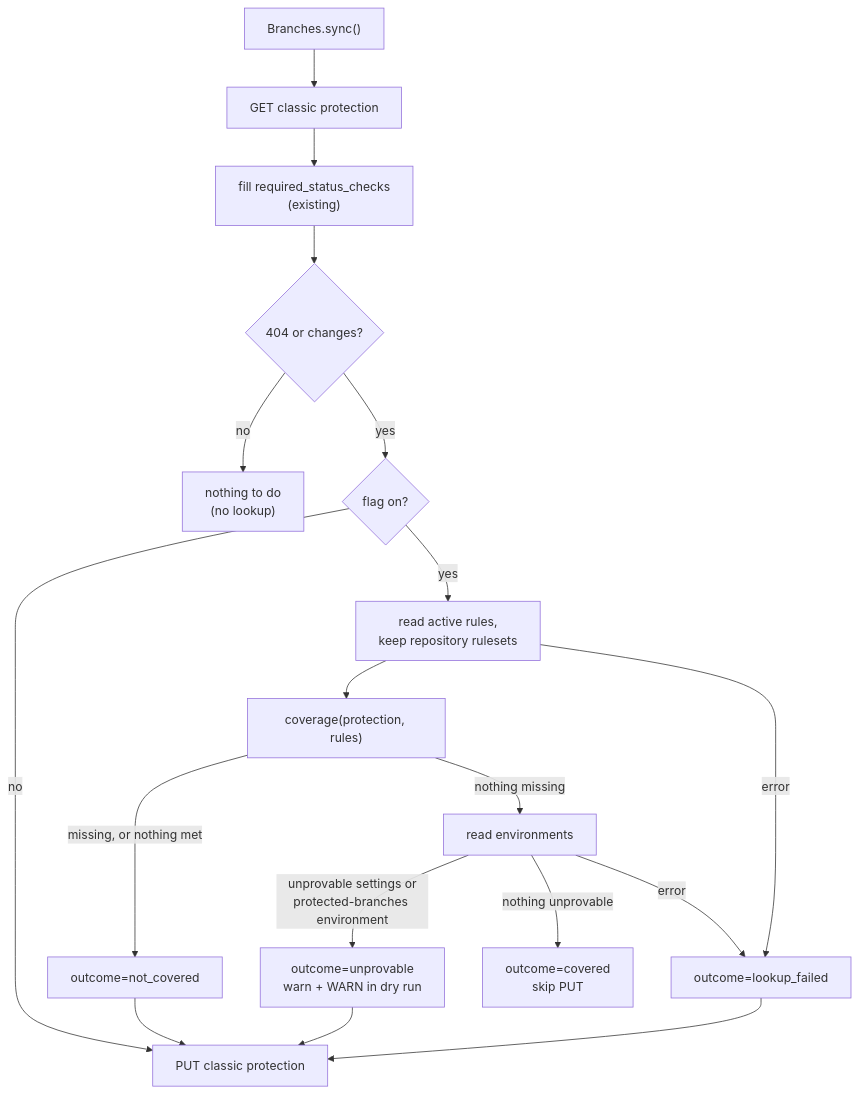
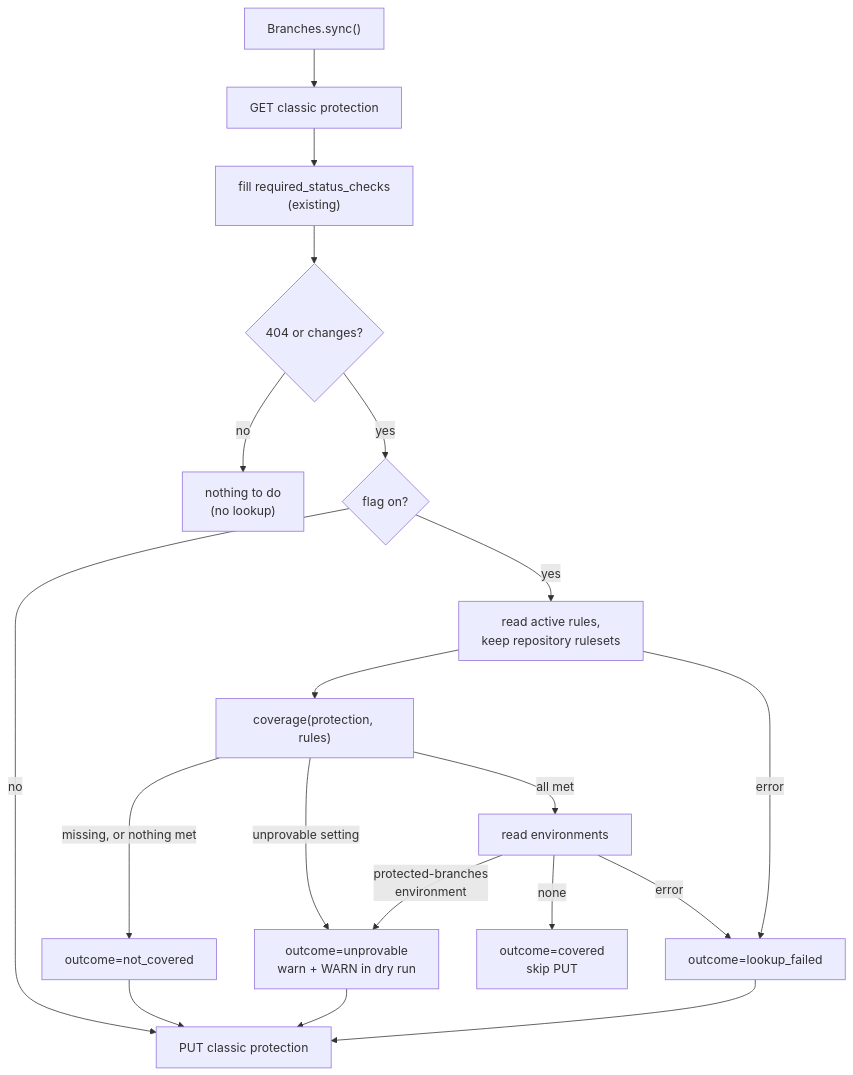
The third of 3 diagrams in docs/sdlc/changes/2026-11-23-IDXART-899-ruleset-aware-branches/change-design.md (tomtom-forks/safe-settings), drawn with Mermaid before and after one commit. The commit also changed other lines of this file, not shown here.

````diff
--- a/docs/sdlc/changes/2026-11-23-IDXART-899-ruleset-aware-branches/change-design.md
+++ b/docs/sdlc/changes/2026-11-23-IDXART-899-ruleset-aware-branches/change-design.md
@@ -156,18 +161,19 @@
 ```mermaid
 flowchart TD
   sync["Branches.sync()"] --> get["GET classic protection"]
   get --> fill["fill required_status_checks<br/>(existing)"]
   fill --> diff{"404 or changes?"}
   diff -->|"no"| done["nothing to do<br/>(no lookup)"]
   diff -->|"yes"| flag{"flag on?"}
   flag -->|"no"| put["PUT classic protection"]
   flag -->|"yes"| rules["read active rules,<br/>keep repository rulesets"]
   rules --> cov["coverage(protection, rules)"]
   cov -->|"missing, or nothing met"| nc["outcome=not_covered"] --> put
-  cov -->|"nothing missing"| env["read environments"]
-  env -->|"unprovable settings or<br/>protected-branches environment"| up["outcome=unprovable<br/>warn + WARN in dry run"] --> put
-  env -->|"nothing unprovable"| skip["outcome=covered<br/>skip PUT"]
+  cov -->|"unprovable setting"| up["outcome=unprovable<br/>warn + WARN in dry run"] --> put
+  cov -->|"all met"| env["read environments"]
+  env -->|"protected-branches<br/>environment"| up
+  env -->|"none"| skip["outcome=covered<br/>skip PUT"]
   rules -->|"error"| lf["outcome=lookup_failed"]
   env -->|"error"| lf
   lf --> put
 ```
````
